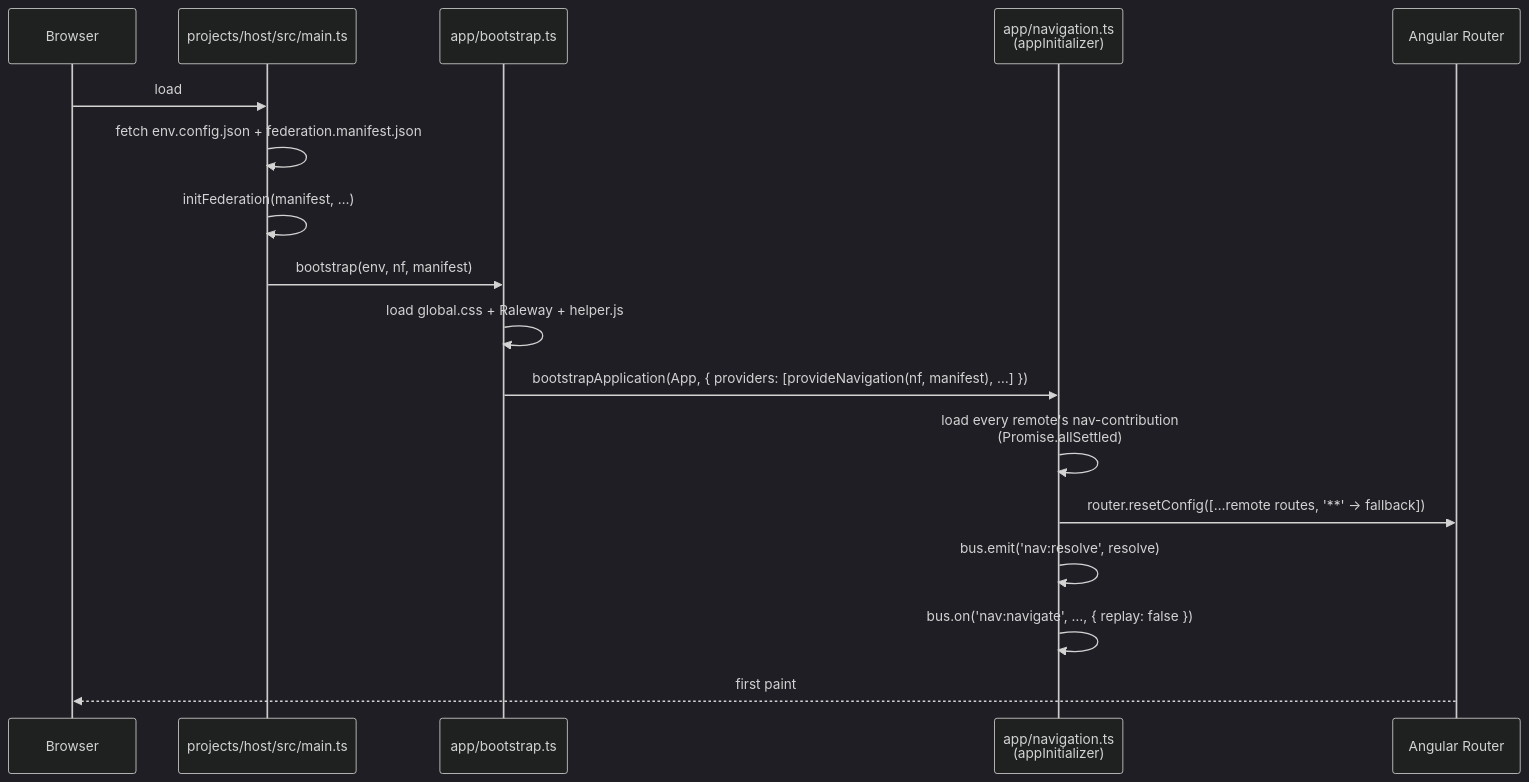
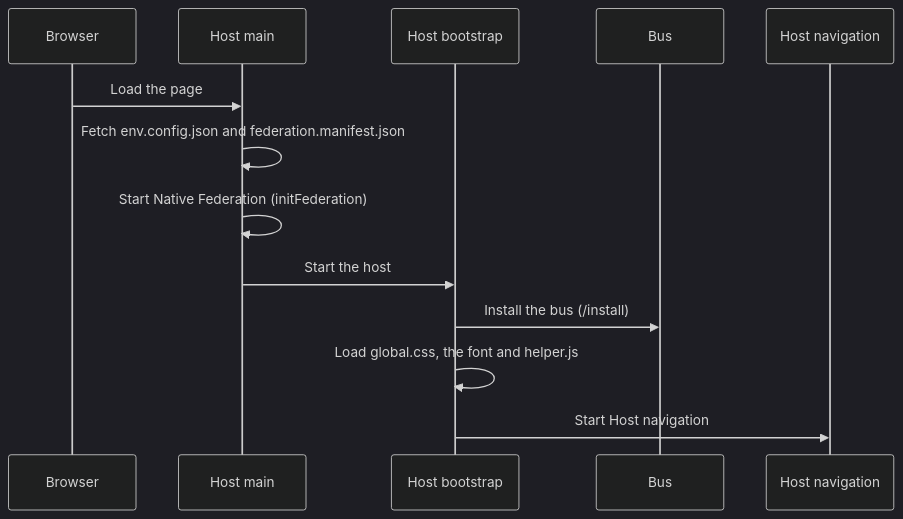
One commit to native-federation/playground changed the fourth of 5 diagrams in angular/tractor-store/docs/architecture.md. Above: the diagram before and after it, drawn with Mermaid (dark theme). The commit also changed other lines of this file and 102 other files, not shown here.

First line of the commit message:
feat(tractor-store): sync the Angular and React stores on one bus and intent table

````diff
--- a/angular/tractor-store/docs/architecture.md
+++ b/angular/tractor-store/docs/architecture.md
@@ -390,20 +388,15 @@
 ```mermaid
 sequenceDiagram
     participant Browser
-    participant Main as projects/host/src/main.ts
-    participant Boot as app/bootstrap.ts
-    participant Nav as app/navigation.ts<br/>(appInitializer)
-    participant Router as Angular Router
-
-    Browser->>Main: load
-    Main->>Main: fetch env.config.json + federation.manifest.json
-    Main->>Main: initFederation(manifest, …)
-    Main->>Boot: bootstrap(env, nf, manifest)
-    Boot->>Boot: load global.css + Raleway + helper.js
-    Boot->>Nav: bootstrapApplication(App, { providers: [provideNavigation(nf, manifest), …] })
-    Nav->>Nav: load every remote's nav-contribution<br/>(Promise.allSettled)
-    Nav->>Router: router.resetConfig([…remote routes, '**' → fallback])
-    Nav->>Nav: bus.emit('nav:resolve', resolve)
-    Nav->>Nav: bus.on('nav:navigate', …, { replay: false })
-    Router-->>Browser: first paint
+    participant Main as Host main
+    participant Boot as Host bootstrap
+    participant Bus
+    participant Nav as Host navigation
+    Browser->>Main: Load the page
+    Main->>Main: Fetch env.config.json and federation.manifest.json
+    Main->>Main: Start Native Federation (initFederation)
+    Main->>Boot: Start the host
+    Boot->>Bus: Install the bus (/install)
+    Boot->>Boot: Load global.css, the font and helper.js
+    Boot->>Nav: Start Host navigation
 ```
````
